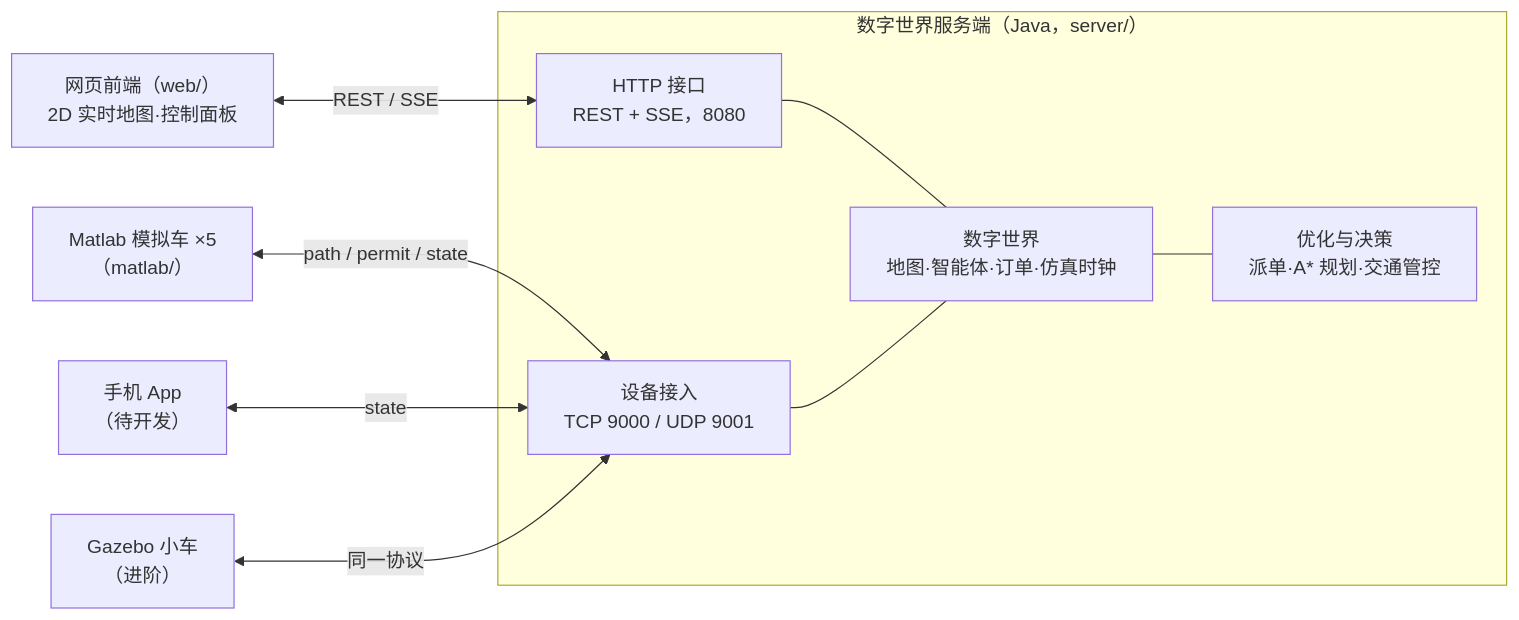
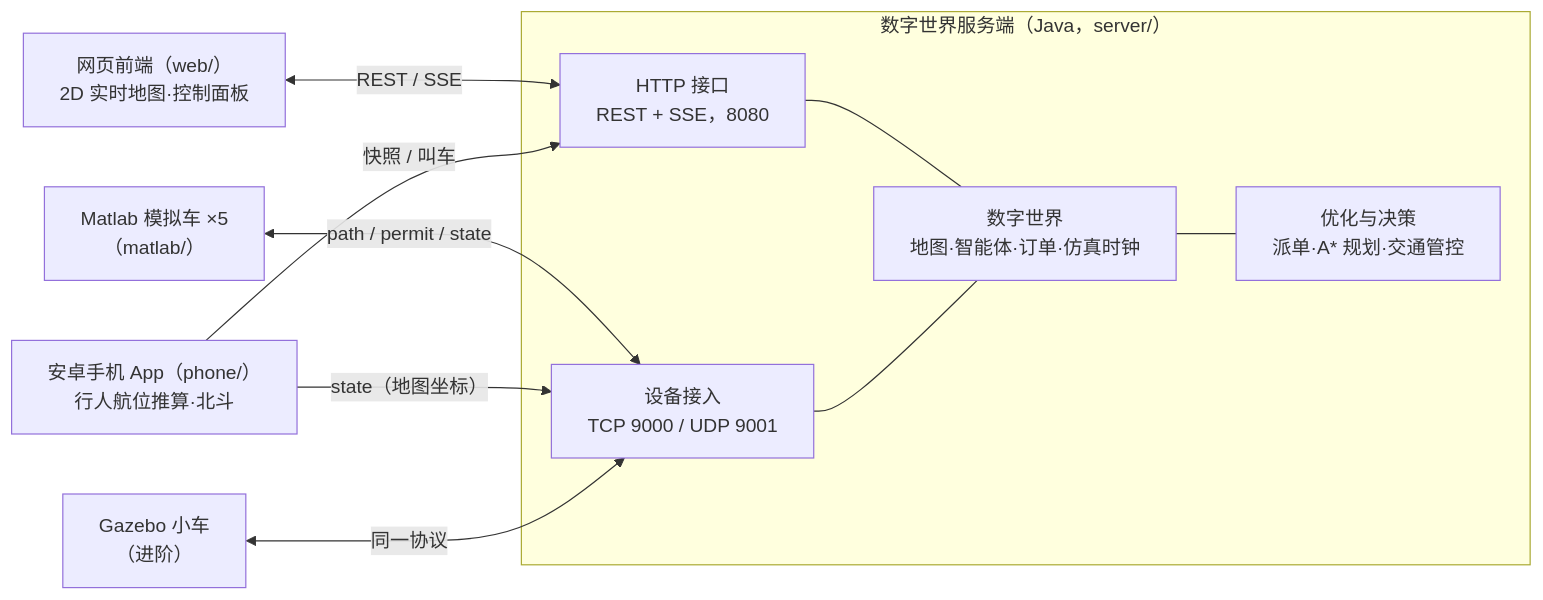
Before and after one commit to fuzeliang1/ZongC: the first of 4 diagrams in docs/architecture.md, drawn with Mermaid. The commit also changed other lines of this file and 58 other files, not shown here.

First line of the commit message:
安卓手机 App：行人航位推算、卫星融合、叫车与数据记录

````diff
--- a/docs/architecture.md
+++ b/docs/architecture.md
@@ -7,20 +7,21 @@
 ```mermaid
 flowchart LR
     UI["网页前端（web/）<br/>2D 实时地图·控制面板"]
     M["Matlab 模拟车 ×5<br/>（matlab/）"]
-    P["手机 App<br/>（待开发）"]
+    P["安卓手机 App（phone/）<br/>行人航位推算·北斗"]
     G["Gazebo 小车<br/>（进阶）"]
     subgraph 服务端["数字世界服务端（Java，server/）"]
         API["HTTP 接口<br/>REST + SSE，8080"]
         DEV["设备接入<br/>TCP 9000 / UDP 9001"]
         DW["数字世界<br/>地图·智能体·订单·仿真时钟"]
         OPT["优化与决策<br/>派单·A* 规划·交通管控"]
     end
     UI <-->|"REST / SSE"| API
     M <-->|"path / permit / state"| DEV
-    P <-->|state| DEV
+    P -->|"state（地图坐标）"| DEV
+    P -->|"快照 / 叫车"| API
     G <-->|同一协议| DEV
     API --- DW
     DEV --- DW
     DW --- OPT
 ```
````
